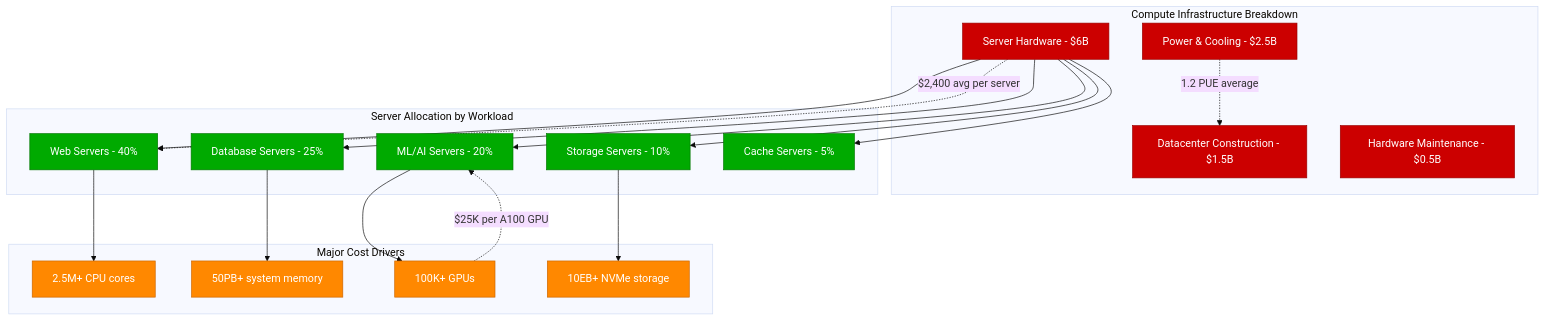
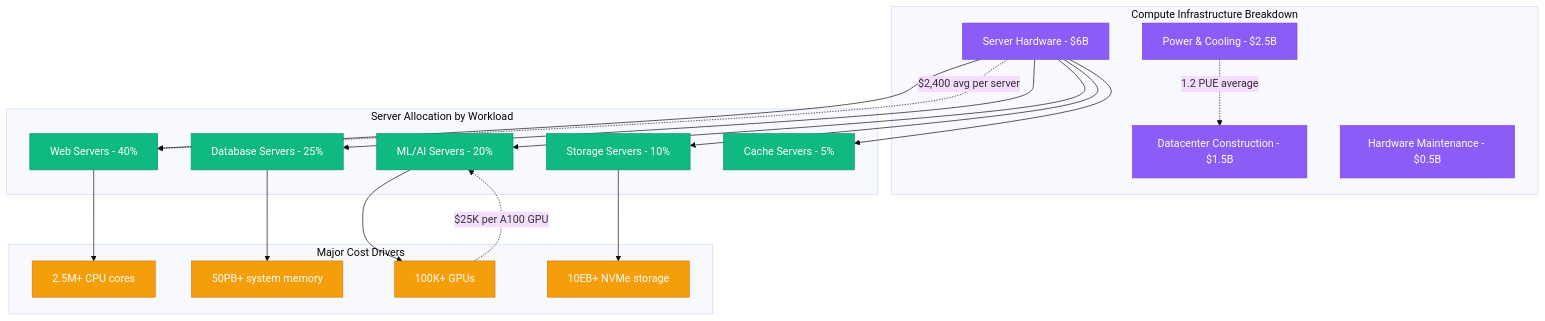
One commit to deepaucksharma/DS changed the second of 10 diagrams in site/docs/systems/meta/cost-breakdown.md. Above: the diagram before and after it, drawn with Mermaid (base theme). The commit also changed other lines of this file and 303 other files, not shown here.

````diff
--- a/site/docs/systems/meta/cost-breakdown.md
+++ b/site/docs/systems/meta/cost-breakdown.md
@@ -24,48 +24,48 @@
 ```mermaid
 graph TB
     subgraph ComputeInfra[Compute Infrastructure Breakdown]
         SERVERS[Server Hardware - $6B]
         POWER[Power & Cooling - $2.5B]
         DATACENTER[Datacenter Construction - $1.5B]
         MAINTENANCE[Hardware Maintenance - $0.5B]
     end
 
     subgraph ServerTypes[Server Allocation by Workload]
         WEB_SERVERS[Web Servers - 40%]
         DB_SERVERS[Database Servers - 25%]
         ML_SERVERS[ML/AI Servers - 20%]
         STORAGE_SERVERS[Storage Servers - 10%]
         CACHE_SERVERS[Cache Servers - 5%]
     end
 
     subgraph CostDrivers[Major Cost Drivers]
         CPU_CORES[2.5M+ CPU cores]
         MEMORY[50PB+ system memory]
         GPU_ACCELERATORS[100K+ GPUs]
         NVME_STORAGE[10EB+ NVMe storage]
     end
 
     SERVERS --> WEB_SERVERS
     SERVERS --> DB_SERVERS
     SERVERS --> ML_SERVERS
     SERVERS --> STORAGE_SERVERS
     SERVERS --> CACHE_SERVERS
 
     WEB_SERVERS --> CPU_CORES
     DB_SERVERS --> MEMORY
     ML_SERVERS --> GPU_ACCELERATORS
     STORAGE_SERVERS --> NVME_STORAGE
 
     %% Cost annotations
     SERVERS -.->|"$2,400 avg per server"| WEB_SERVERS
     POWER -.->|"1.2 PUE average"| DATACENTER
     GPU_ACCELERATORS -.->|"$25K per A100 GPU"| ML_SERVERS
 
-    classDef costStyle fill:#CC0000,stroke:#990000,color:#fff
-    classDef serverStyle fill:#00AA00,stroke:#007700,color:#fff
-    classDef driverStyle fill:#FF8800,stroke:#CC6600,color:#fff
+    classDef costStyle fill:#8B5CF6,stroke:#7C3AED,color:#fff
+    classDef serverStyle fill:#10B981,stroke:#059669,color:#fff
+    classDef driverStyle fill:#F59E0B,stroke:#D97706,color:#fff
 
     class SERVERS,POWER,DATACENTER,MAINTENANCE costStyle
     class WEB_SERVERS,DB_SERVERS,ML_SERVERS,STORAGE_SERVERS,CACHE_SERVERS serverStyle
     class CPU_CORES,MEMORY,GPU_ACCELERATORS,NVME_STORAGE driverStyle
 ```
````
